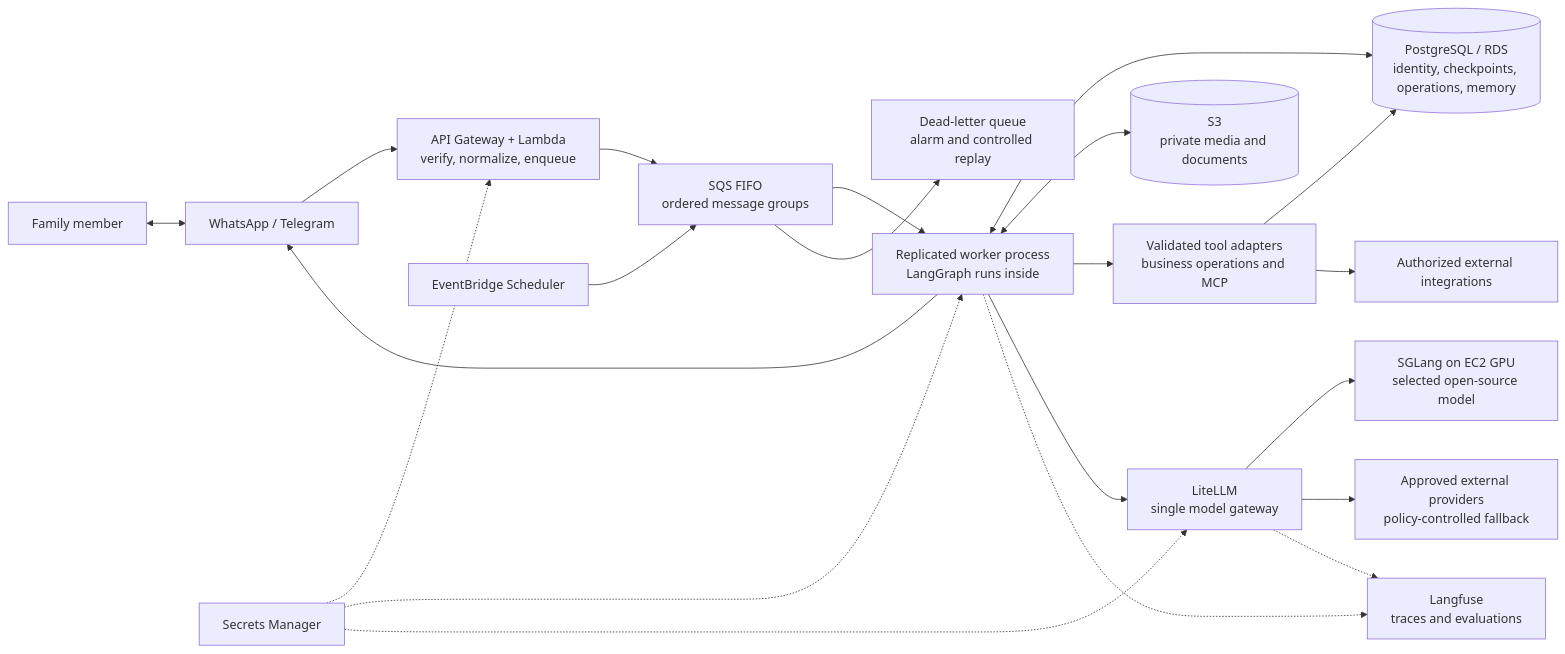
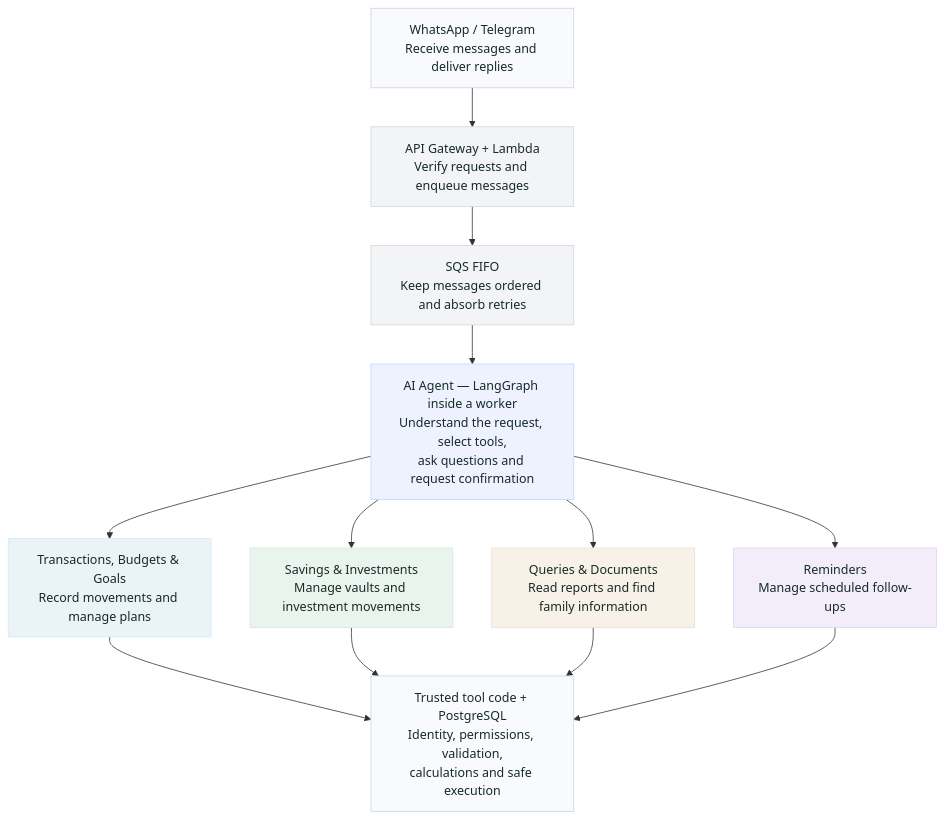
The diagram in docs/ai-attention-architecture.md (kplian/meta-hackathon), drawn with Mermaid before and after one commit. The commit also changed other lines of this file and 2 other files, not shown here.

Commit message:
docs: simplify AI architecture overview and separate technical details

````diff
--- a/docs/ai-attention-architecture.md
+++ b/docs/ai-attention-architecture.md
@@ -21,23 +7,38 @@
 ```mermaid
-flowchart LR
-    PERSON["Family member"] <--> CHANNEL["WhatsApp / Telegram"]
-    CHANNEL --> EDGE["API Gateway + Lambda<br/>verify, normalize, enqueue"]
-    EDGE --> QUEUE["SQS FIFO<br/>ordered message groups"]
-    QUEUE --> WORKER["Replicated worker process<br/>LangGraph runs inside"]
-    QUEUE --> DLQ["Dead-letter queue<br/>alarm and controlled replay"]
-    WORKER --> CHANNEL
-    WORKER <--> PG[("PostgreSQL / RDS<br/>identity, checkpoints, operations, memory")]
-    WORKER <--> S3[("S3<br/>private media and documents")]
-    WORKER --> TOOLS["Validated tool adapters<br/>business operations and MCP"]
-    TOOLS --> PG
-    TOOLS --> EXTERNAL["Authorized external integrations"]
-    WORKER --> GATEWAY["LiteLLM<br/>single model gateway"]
-    GATEWAY --> GPU["SGLang on EC2 GPU<br/>selected open-source model"]
-    GATEWAY --> CLOUD["Approved external providers<br/>policy-controlled fallback"]
-    SCHED["EventBridge Scheduler"] --> QUEUE
-    SECRETS["Secrets Manager"] -.-> EDGE
-    SECRETS -.-> WORKER
-    SECRETS -.-> GATEWAY
-    WORKER -.-> TRACE["Langfuse<br/>traces and evaluations"]
-    GATEWAY -.-> TRACE
+flowchart TB
+    CHANNEL["WhatsApp / Telegram<br/>Receive messages and deliver replies"]
+    ENTRY["API Gateway + Lambda<br/>Verify requests and enqueue messages"]
+    QUEUE["SQS FIFO<br/>Keep messages ordered and absorb retries"]
+    AGENT["AI Agent — LangGraph inside a worker<br/>Understand the request, select tools,<br/>ask questions and request confirmation"]
+
+    CHANNEL --> ENTRY --> QUEUE --> AGENT
+
+    AGENT --> MONEY["Transactions, Budgets & Goals<br/>Record movements and manage plans"]
+    AGENT --> INVEST["Savings & Investments<br/>Manage vaults and investment movements"]
+    AGENT --> KNOW["Queries & Documents<br/>Read reports and find family information"]
+    AGENT --> REMIND["Reminders<br/>Manage scheduled follow-ups"]
+
+    MONEY --> BUSINESS
+    INVEST --> BUSINESS
+    KNOW --> BUSINESS
+    REMIND --> BUSINESS
+
+    BUSINESS["Trusted tool code + PostgreSQL<br/>Identity, permissions, validation,<br/>calculations and safe execution"]
+
+    classDef channel fill:#F8FAFC,stroke:#CBD5E1,color:#172B25;
+    classDef transport fill:#F3F4F6,stroke:#D1D5DB,color:#172B25;
+    classDef agent fill:#EEF2FF,stroke:#C7D2FE,color:#172B25;
+    classDef money fill:#EAF3F8,stroke:#D6E7F0,color:#172B25;
+    classDef investment fill:#EAF4EE,stroke:#D2E8DA,color:#172B25;
+    classDef knowledge fill:#F7F1E8,stroke:#EADFCF,color:#172B25;
+    classDef reminders fill:#F3EDFA,stroke:#E1D4EF,color:#172B25;
+    classDef business fill:#F8FAFC,stroke:#CBD5E1,color:#172B25;
+    class CHANNEL channel;
+    class ENTRY,QUEUE transport;
+    class AGENT agent;
+    class MONEY money;
+    class INVEST investment;
+    class KNOW knowledge;
+    class REMIND reminders;
+    class BUSINESS business;
 ```
````
